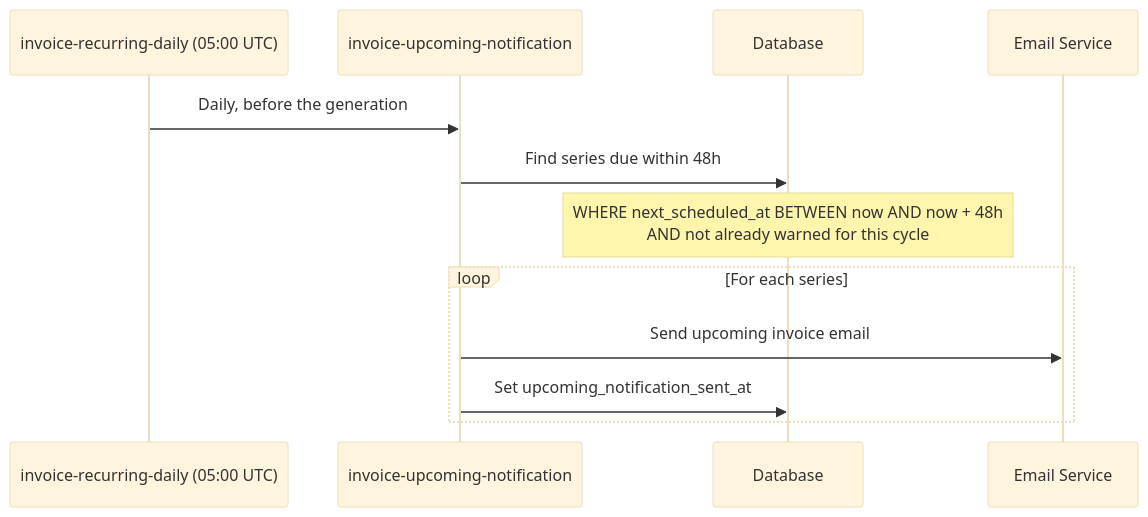
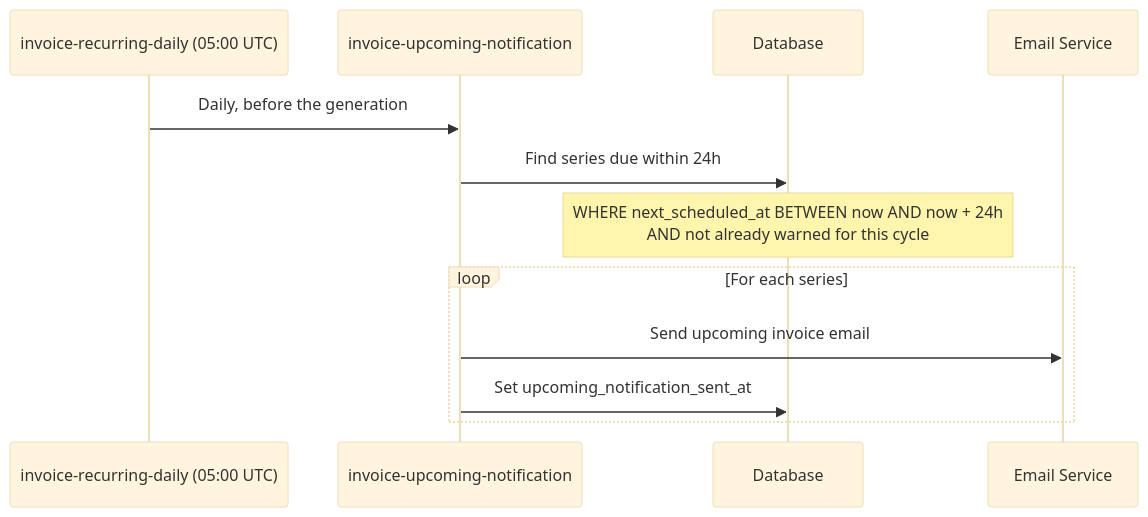
The sixth of 6 diagrams in docs/invoice-recurring.md (FredflixBE/midday), drawn with Mermaid (base theme) before and after one commit. The commit also changed other lines of this file and 7 other files, not shown here.

````diff
--- a/docs/invoice-recurring.md
+++ b/docs/invoice-recurring.md
@@ -279,16 +279,16 @@
 ```mermaid
 sequenceDiagram
     participant Cron as invoice-recurring-daily (05:00 UTC)
     participant Task as invoice-upcoming-notification
     participant DB as Database
     participant Email as Email Service
     
     Cron->>Task: Daily, before the generation
-    Task->>DB: Find series due within 48h
-    Note over DB: WHERE next_scheduled_at BETWEEN now AND now + 48h<br/>AND not already warned for this cycle
+    Task->>DB: Find series due within 24h
+    Note over DB: WHERE next_scheduled_at BETWEEN now AND now + 24h<br/>AND not already warned for this cycle
     
     loop For each series
         Task->>Email: Send upcoming invoice email
         Task->>DB: Set upcoming_notification_sent_at
     end
 ```
````
